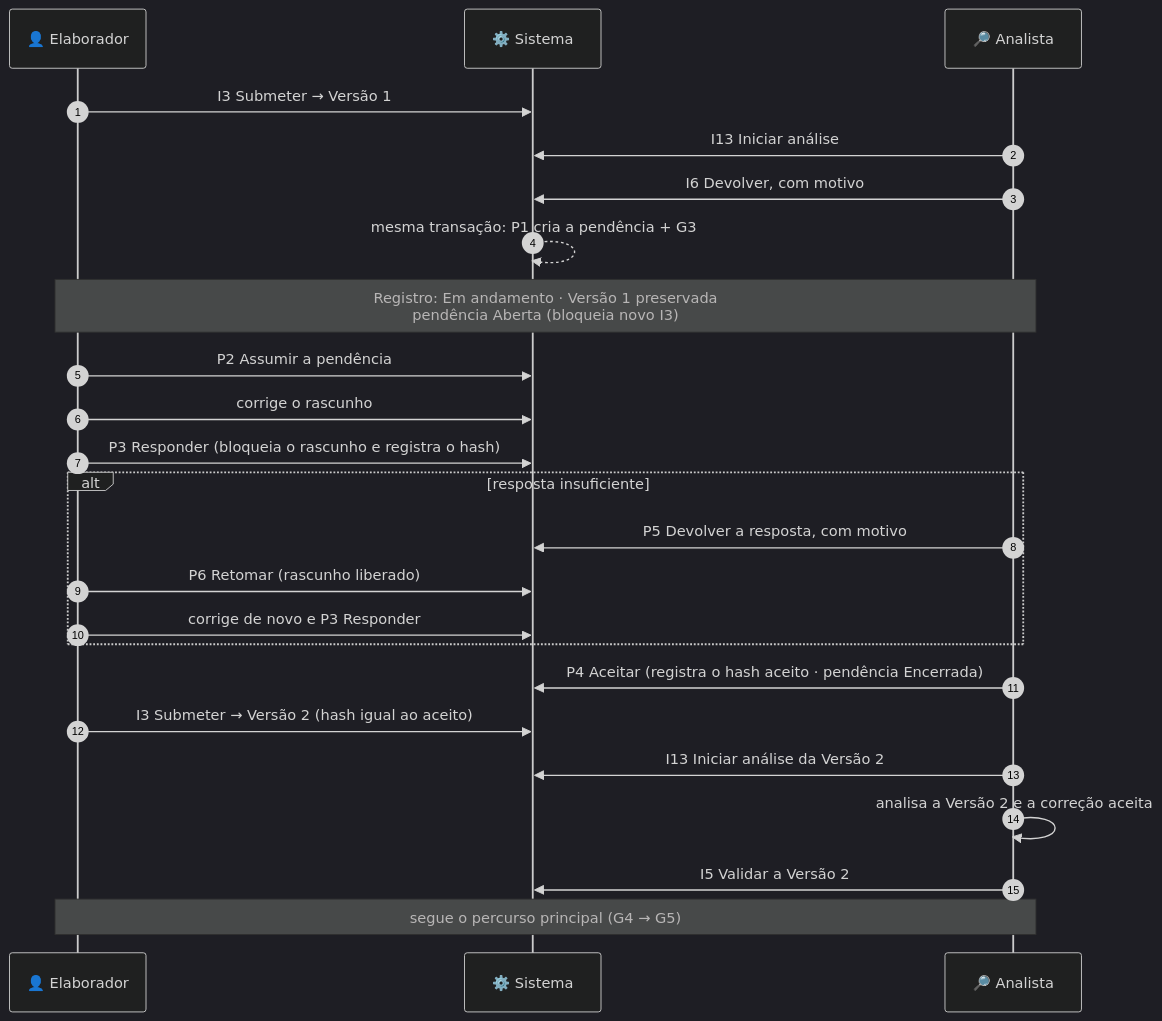
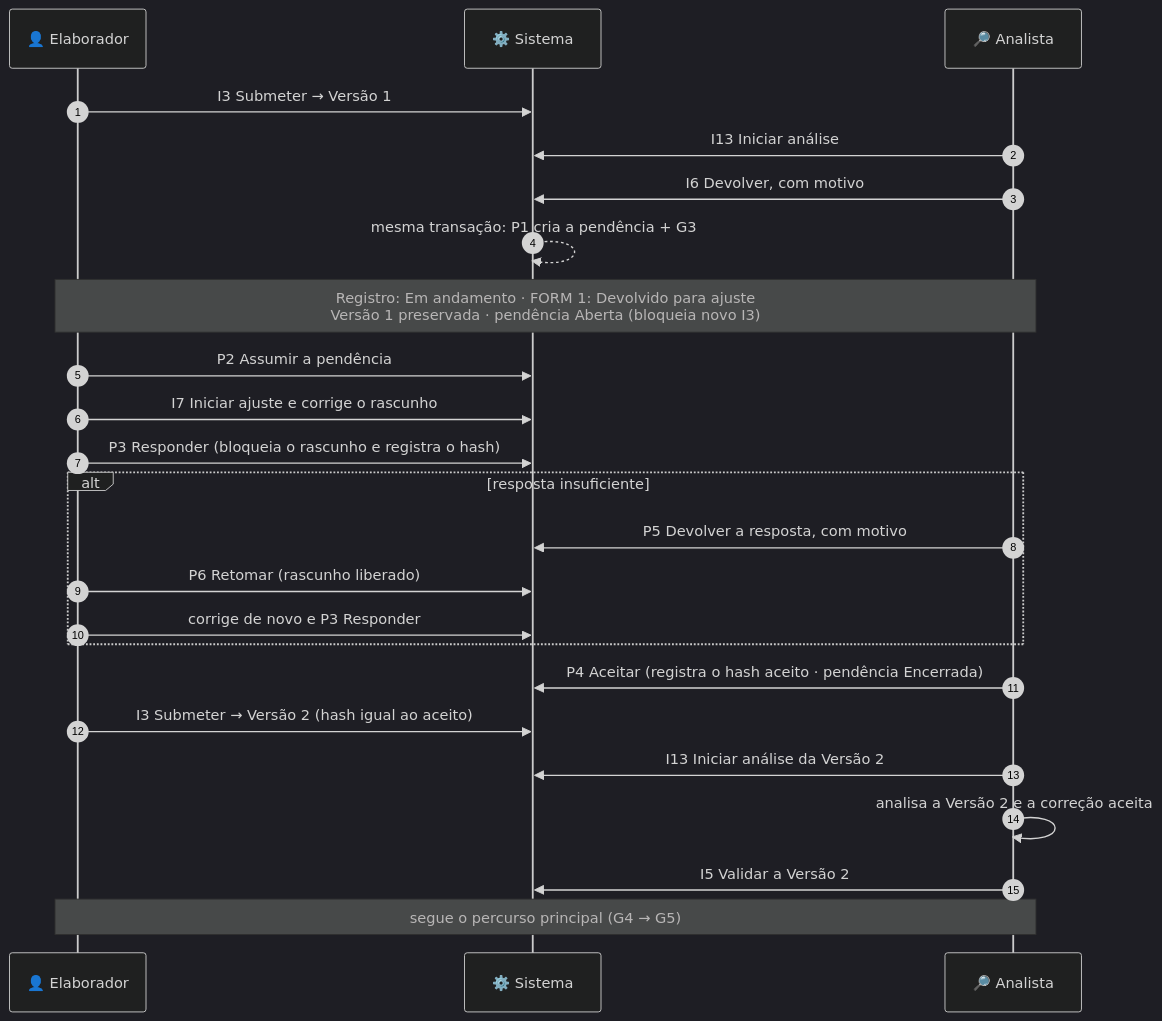
Before and after one commit to ailtonfv/governanca-lgpd-hortolandia: the fourth of 6 diagrams in docs/arquitetura/MAPA_M1a.md, drawn with Mermaid (dark theme). The commit also changed other lines of this file, not shown here.

Commit message:
Mapa do M1a: estados do FORM 1, nota do Registro como pasta, contraste no tema escuro

````diff
--- a/docs/arquitetura/MAPA_M1a.md
+++ b/docs/arquitetura/MAPA_M1a.md
@@ -54,26 +88,26 @@
 ```mermaid
 sequenceDiagram
     autonumber
     participant E as 👤 Elaborador
     participant S as ⚙️ Sistema
     participant A as 🔎 Analista
     E->>S: I3 Submeter → Versão 1
     A->>S: I13 Iniciar análise
     A->>S: I6 Devolver, com motivo
     S-->>S: mesma transação: P1 cria a pendência + G3
-    Note over E,A: Registro: Em andamento · Versão 1 preservada<br/>pendência Aberta (bloqueia novo I3)
+    Note over E,A: Registro: Em andamento · FORM 1: Devolvido para ajuste<br/>Versão 1 preservada · pendência Aberta (bloqueia novo I3)
     E->>S: P2 Assumir a pendência
-    E->>S: corrige o rascunho
+    E->>S: I7 Iniciar ajuste e corrige o rascunho
     E->>S: P3 Responder (bloqueia o rascunho e registra o hash)
     alt resposta insuficiente
         A->>S: P5 Devolver a resposta, com motivo
         E->>S: P6 Retomar (rascunho liberado)
         E->>S: corrige de novo e P3 Responder
     end
     A->>S: P4 Aceitar (registra o hash aceito · pendência Encerrada)
     E->>S: I3 Submeter → Versão 2 (hash igual ao aceito)
     A->>S: I13 Iniciar análise da Versão 2
     A->>A: analisa a Versão 2 e a correção aceita
     A->>S: I5 Validar a Versão 2
     Note over E,A: segue o percurso principal (G4 → G5)
 ```
````
